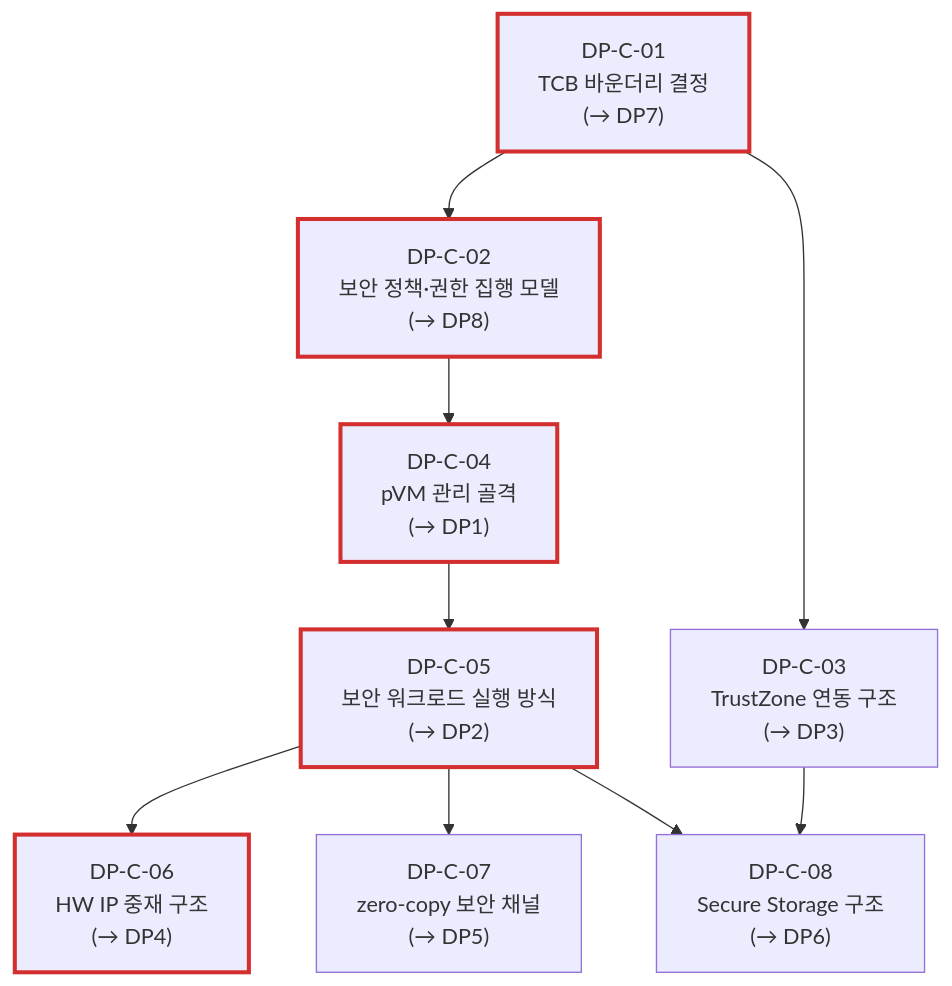
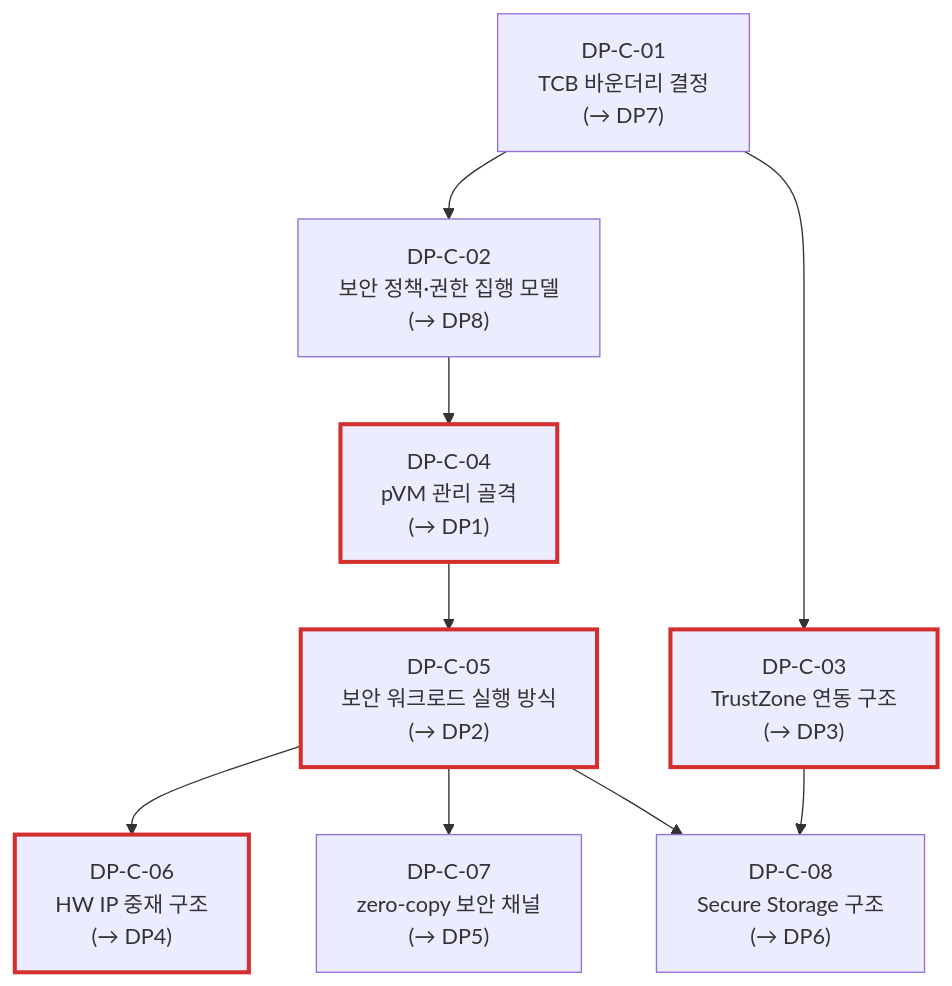
Before and after one commit to boram1288/test-p: the diagram in docs/05_decision_points.md, drawn with Mermaid.

Commit message:
05 DP candidate 의존성 다이어그램 critical path 강조 대상 조정

````diff
--- a/docs/05_decision_points.md
+++ b/docs/05_decision_points.md
@@ -52,23 +52,23 @@
 ```mermaid
 flowchart TD
     DPC01["DP-C-01<br/>TCB 바운더리 결정<br/>(→ DP7)"]
     DPC02["DP-C-02<br/>보안 정책·권한 집행 모델<br/>(→ DP8)"]
     DPC03["DP-C-03<br/>TrustZone 연동 구조<br/>(→ DP3)"]
     DPC04["DP-C-04<br/>pVM 관리 골격<br/>(→ DP1)"]
     DPC05["DP-C-05<br/>보안 워크로드 실행 방식<br/>(→ DP2)"]
     DPC06["DP-C-06<br/>HW IP 중재 구조<br/>(→ DP4)"]
     DPC07["DP-C-07<br/>zero-copy 보안 채널<br/>(→ DP5)"]
     DPC08["DP-C-08<br/>Secure Storage 구조<br/>(→ DP6)"]
 
     classDef critical stroke:#d32f2f,stroke-width:3px
-    class DPC01,DPC02,DPC04,DPC05,DPC06 critical
+    class DPC04,DPC05,DPC06,DPC03 critical
 
     DPC01 --> DPC02
     DPC01 --> DPC03
     DPC02 --> DPC04
     DPC04 --> DPC05
     DPC05 --> DPC06
     DPC05 --> DPC07
     DPC03 --> DPC08
     DPC05 --> DPC08
 ```
````
